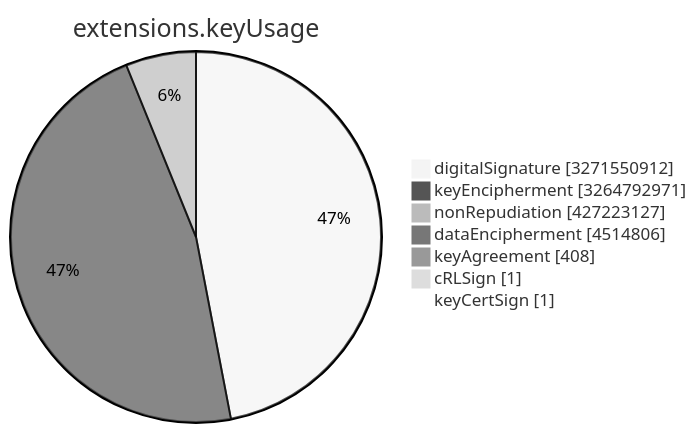
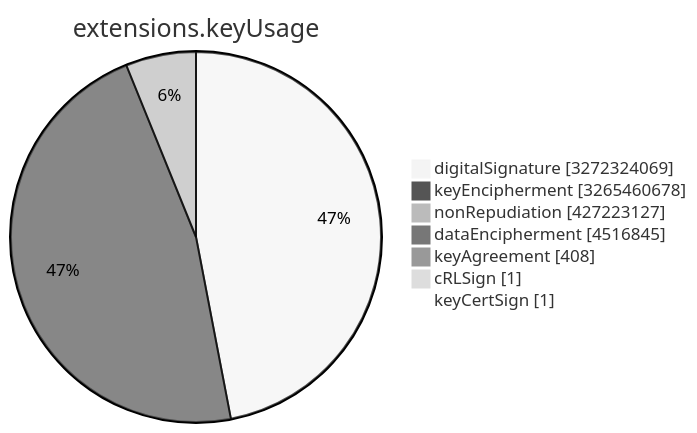
One commit to christiankrug/ctmonitor_visualization changed the sixth of 15 diagrams in TOTAL/README.md. Above: the diagram before and after it, drawn with Mermaid (neutral theme). The commit also changed other lines of this file, not shown here.

````diff
--- a/TOTAL/README.md
+++ b/TOTAL/README.md
@@ -3078,11 +3078,11 @@
 ```mermaid
 pie showData
 title extensions.keyUsage
-"digitalSignature" :3271550912
-"keyEncipherment" :3264792971
+"digitalSignature" :3272324069
+"keyEncipherment" :3265460678
 "nonRepudiation" :427223127
-"dataEncipherment" :4514806
+"dataEncipherment" :4516845
 "keyAgreement" :408
 "cRLSign" :1
 "keyCertSign" :1
 ```
````
